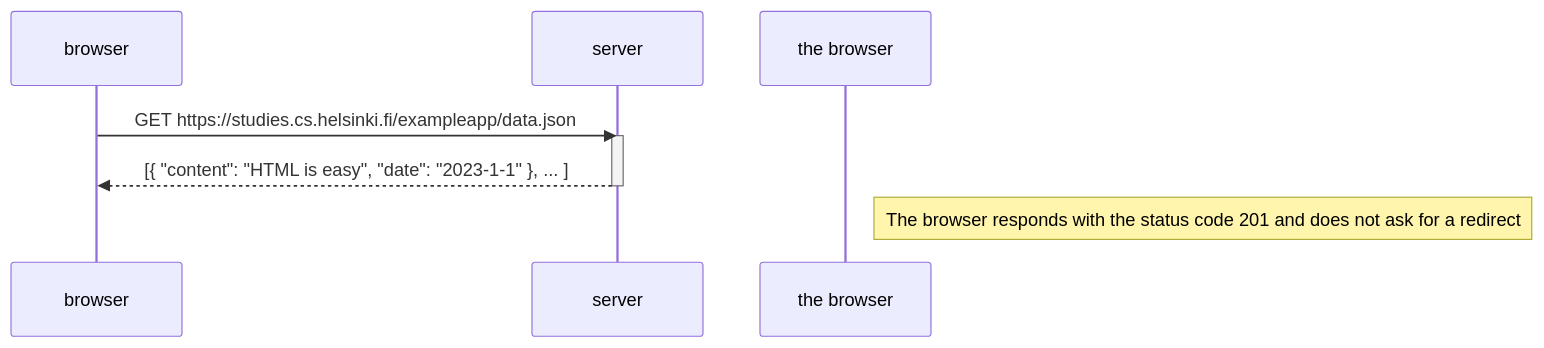
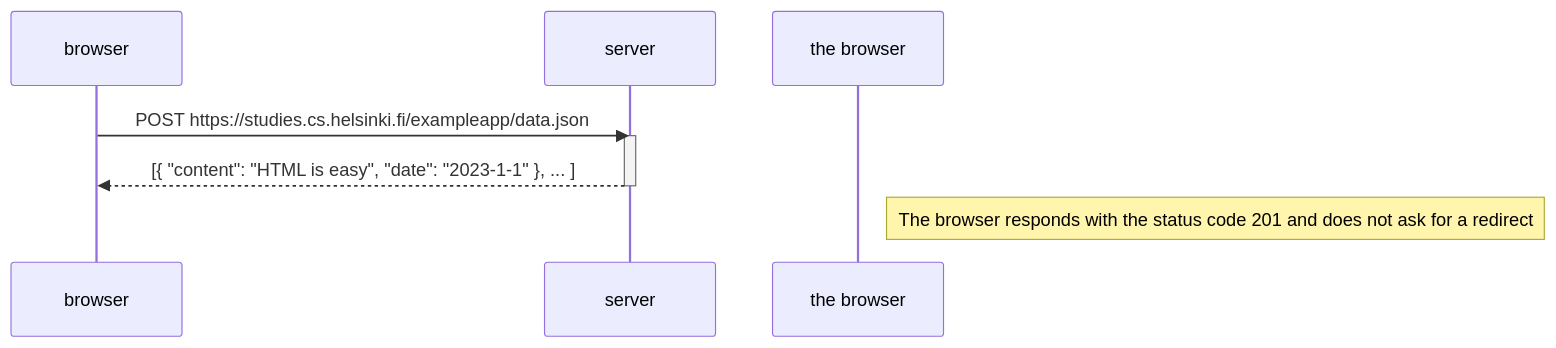
One commit to EricMbatia/FullStackOpen changed the diagram in part0/0.6_newNoteInSinglePageApplicationDiagram.md. Above: the diagram before and after it, drawn with Mermaid.

````diff
--- a/part0/0.6_newNoteInSinglePageApplicationDiagram.md
+++ b/part0/0.6_newNoteInSinglePageApplicationDiagram.md
@@ -1,12 +1,12 @@
 ```mermaid
 sequenceDiagram
     participant browser
     participant server
 
-    browser->>server: GET https://studies.cs.helsinki.fi/exampleapp/data.json
+    browser->>server: POST https://studies.cs.helsinki.fi/exampleapp/data.json
     activate server
     server-->>browser: [{ "content": "HTML is easy", "date": "2023-1-1" }, ... ]
     deactivate server
 
     Note right of the browser: The browser responds with the status code 201 and does not ask for a redirect
 ```
````
